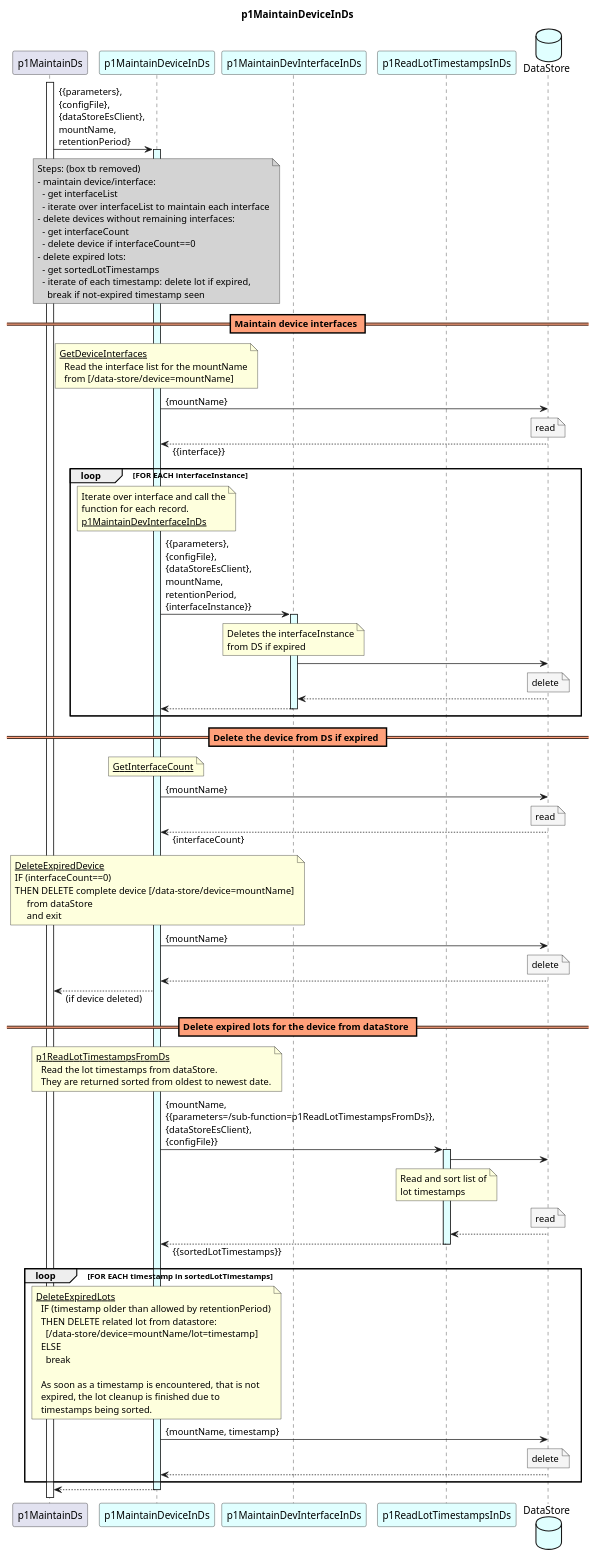
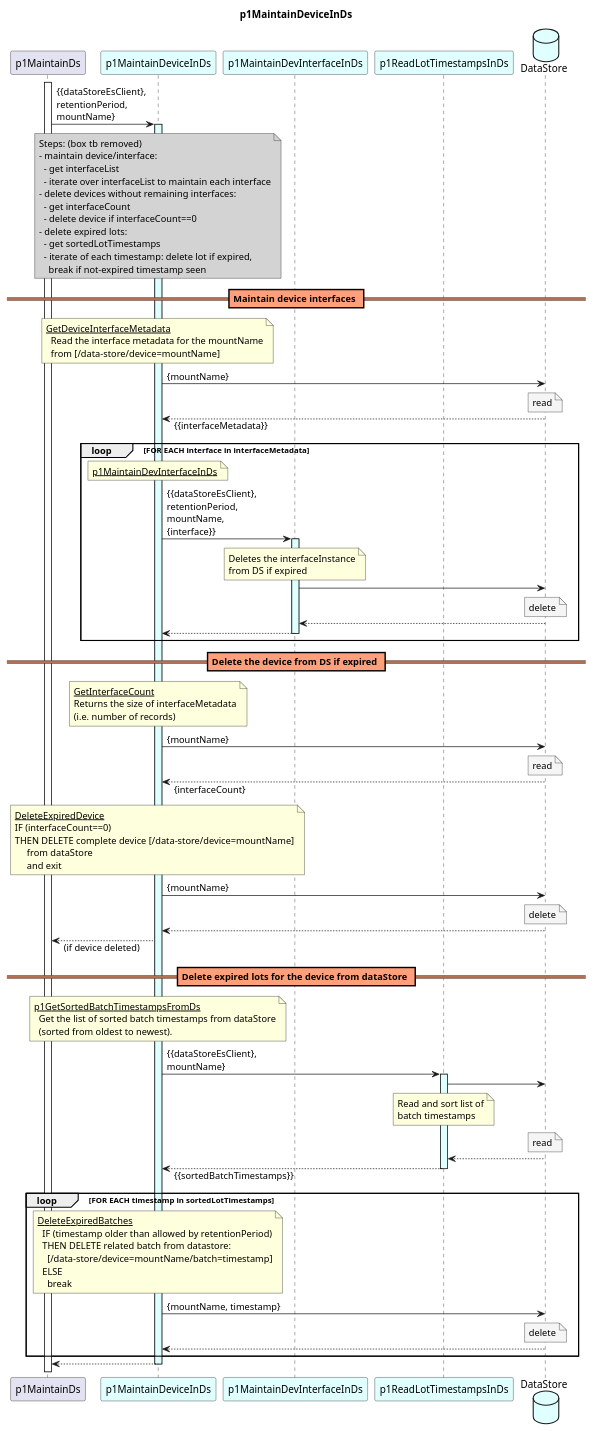
The diagram in spec/Functions/p1StreamPmData/p1MaintainDs/p1MaintainDeviceInDs/1.0.0/p1MaintainDeviceInDs.plantuml (openBackhaul/DevicePerformanceManagementDataProcessor), drawn with PlantUML before and after one commit. The commit also changed 2 other files, not shown here.

```diff
--- a/spec/Functions/p1StreamPmData/p1MaintainDs/p1MaintainDeviceInDs/1.0.0/p1MaintainDeviceInDs.plantuml
+++ b/spec/Functions/p1StreamPmData/p1MaintainDs/p1MaintainDeviceInDs/1.0.0/p1MaintainDeviceInDs.plantuml
@@ -1,149 +1,145 @@
 @startuml p1MaintainDeviceInDs
 skinparam responseMessageBelowArrow true
 skinparam SequenceDividerBackgroundColor #LightSalmon
 
 title
   p1MaintainDeviceInDs
 end title
 
 participant "p1MaintainDs" as requestor
 participant "p1MaintainDeviceInDs" as cur #LightCyan
 participant "p1MaintainDevInterfaceInDs" as intf #LightCyan
 participant "p1ReadLotTimestampsInDs" as lotTs #LightCyan
 database "DataStore" as ds #LightCyan
 
 
 activate requestor
 
-requestor -> cur : {{parameters},\n{configFile},\n{dataStoreEsClient},\nmountName,\nretentionPeriod}
+requestor -> cur : {{dataStoreEsClient},\nretentionPeriod,\nmountName}
 activate cur #LightCyan
 
   note over cur #LightGray
     Steps: (box tb removed)
     - maintain device/interface:
       - get interfaceList
       - iterate over interfaceList to maintain each interface
     - delete devices without remaining interfaces:
       - get interfaceCount
       - delete device if interfaceCount==0
     - delete expired lots:
       - get sortedLotTimestamps
       - iterate of each timestamp: delete lot if expired,
         break if not-expired timestamp seen
   end note
 
   ' Interfaces
   == Maintain device interfaces ==
 
   note over cur
-    <u>GetDeviceInterfaces</u>
-      Read the interface list for the mountName
+    <u>GetDeviceInterfaceMetadata</u>
+      Read the interface metadata for the mountName
       from [/data-store/device=mountName]
   end note
   cur -> ds: {mountName}
   note over ds #WhiteSmoke
     read
   end note
-  cur <-- ds: {{interface}}
+  cur <-- ds: {{interfaceMetadata}}
 
-  loop FOR EACH interfaceInstance
+  loop FOR EACH interface in interfaceMetadata
     note over cur
-      Iterate over interface and call the
-      function for each record.
       <u>p1MaintainDevInterfaceInDs</u>
     end note
-    cur -> intf: {{parameters},\n{configFile},\n{dataStoreEsClient},\nmountName,\nretentionPeriod,\n{interfaceInstance}}
+    cur -> intf: {{dataStoreEsClient},\nretentionPeriod,\nmountName,\n{interface}}
     activate intf #LightCyan
       note over intf
         Deletes the interfaceInstance
         from DS if expired
       end note
       intf -> ds
       note over ds #WhiteSmoke
         delete
       end note
       intf <-- ds
     cur <-- intf
     deactivate intf
 
   end loop
 
   ' Device deletion
   == Delete the device from DS if expired ==
 
   note over cur
     <u>GetInterfaceCount</u>
+    Returns the size of interfaceMetadata
+    (i.e. number of records)
   end note
   cur -> ds: {mountName}
   note over ds #WhiteSmoke
     read
   end note
   cur <-- ds: {interfaceCount}
 
   note over cur
     <u>DeleteExpiredDevice</u>
     IF (interfaceCount==0)
     THEN DELETE complete device [/data-store/device=mountName]
          from dataStore
          and exit
   end note
   cur -> ds: {mountName}
   note over ds #WhiteSmoke
     delete
   end note
   cur <-- ds
   requestor <-- cur: (if device deleted)
 
   ' Lot deletion
   == Delete expired lots for the device from dataStore ==
 
   note over cur
-    <u>p1ReadLotTimestampsFromDs</u>
-      Read the lot timestamps from dataStore.
-      They are returned sorted from oldest to newest date.
+    <u>p1GetSortedBatchTimestampsFromDs</u>
+      Get the list of sorted batch timestamps from dataStore
+      (sorted from oldest to newest).
   end note
-  cur -> lotTs: {mountName,\n{{parameters=/sub-function=p1ReadLotTimestampsFromDs}},\n{dataStoreEsClient},\n{configFile}}
+  cur -> lotTs: {{dataStoreEsClient},\nmountName}
   activate lotTs #LightCyan
     lotTs -> ds
     note over lotTs
       Read and sort list of
-      lot timestamps
+      batch timestamps
     end note
     note over ds #WhiteSmoke
     read
     end note
     lotTs <-- ds
-  cur <-- lotTs: {{sortedLotTimestamps}}
+  cur <-- lotTs: {{sortedBatchTimestamps}}
   deactivate lotTs
 
 
   loop FOR EACH timestamp in sortedLotTimestamps
     note over cur
-      <u>DeleteExpiredLots</u>
+      <u>DeleteExpiredBatches</u>
         IF (timestamp older than allowed by retentionPeriod)
-        THEN DELETE related lot from datastore:
-          [/data-store/device=mountName/lot=timestamp]
+        THEN DELETE related batch from datastore:
+          [/data-store/device=mountName/batch=timestamp]
         ELSE
           break
-        
-        As soon as a timestamp is encountered, that is not
-        expired, the lot cleanup is finished due to
-        timestamps being sorted.
     end note
 
   cur -> ds: {mountName, timestamp}
   note over ds #WhiteSmoke
     delete
   end note
   cur <-- ds
 
   end loop
 
 requestor <-- cur
 
 deactivate cur
 
 
 
 
 @enduml
```
